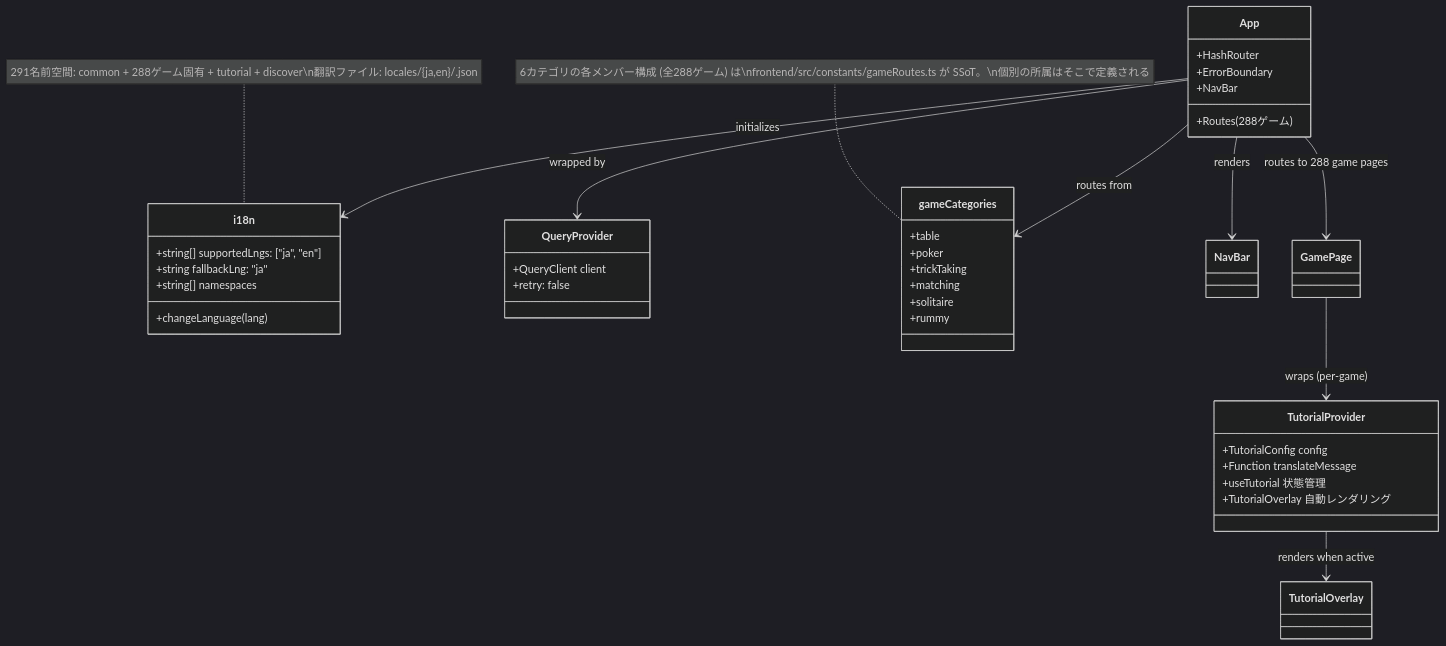
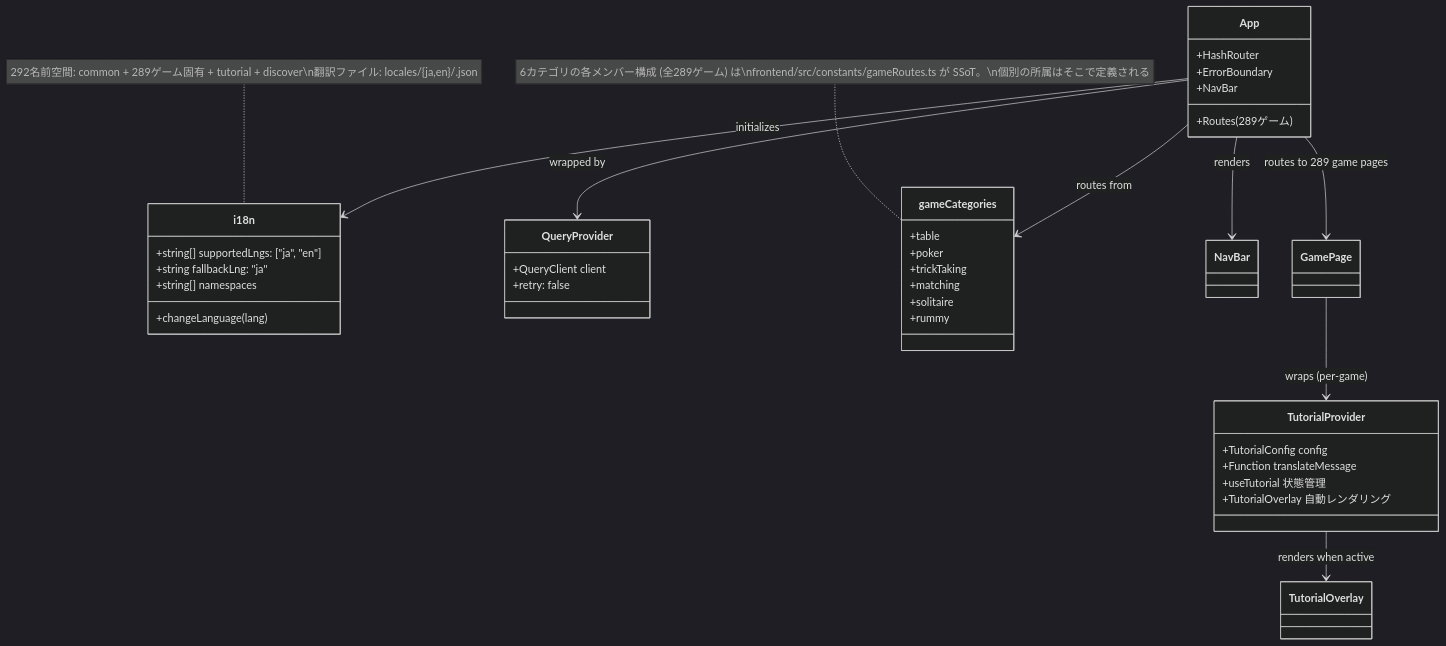
The ninth of 49 diagrams in docs/design/frontend.md (yuta-yoshinaga/go_trumpcards), drawn with Mermaid (dark theme) before and after one commit. The commit also changed other lines of this file and 61 other files, not shown here.

````diff
--- a/docs/design/frontend.md
+++ b/docs/design/frontend.md
@@ -1869,48 +1869,48 @@
 ```mermaid
 classDiagram
     class i18n {
         +string[] supportedLngs: ["ja", "en"]
         +string fallbackLng: "ja"
         +string[] namespaces
         +changeLanguage(lang)
     }
 
     class QueryProvider {
         +QueryClient client
         +retry: false
     }
 
     class App {
         +HashRouter
         +ErrorBoundary
         +NavBar
-        +Routes (288ゲーム)
+        +Routes (289ゲーム)
     }
 
     class gameCategories {
         +table
         +poker
         +trickTaking
         +matching
         +solitaire
         +rummy
     }
-    note for gameCategories "6カテゴリの各メンバー構成 (全288ゲーム) は\nfrontend/src/constants/gameRoutes.ts が SSoT。\n個別の所属はそこで定義される"
+    note for gameCategories "6カテゴリの各メンバー構成 (全289ゲーム) は\nfrontend/src/constants/gameRoutes.ts が SSoT。\n個別の所属はそこで定義される"
 
     class TutorialProvider {
         +TutorialConfig config
         +Function translateMessage
         +useTutorial 状態管理
         +TutorialOverlay 自動レンダリング
     }
 
     App --> QueryProvider : wrapped by
     App --> i18n : initializes
     App --> gameCategories : routes from
     App --> NavBar : renders
-    App --> GamePage : routes to 288 game pages
+    App --> GamePage : routes to 289 game pages
     GamePage --> TutorialProvider : wraps (per-game)
     TutorialProvider --> TutorialOverlay : renders when active
 
-    note for i18n "291名前空間: common + 288ゲーム固有 + tutorial + discover\n翻訳ファイル: locales/{ja,en}/<game>.json"
+    note for i18n "292名前空間: common + 289ゲーム固有 + tutorial + discover\n翻訳ファイル: locales/{ja,en}/<game>.json"
 ```
````
